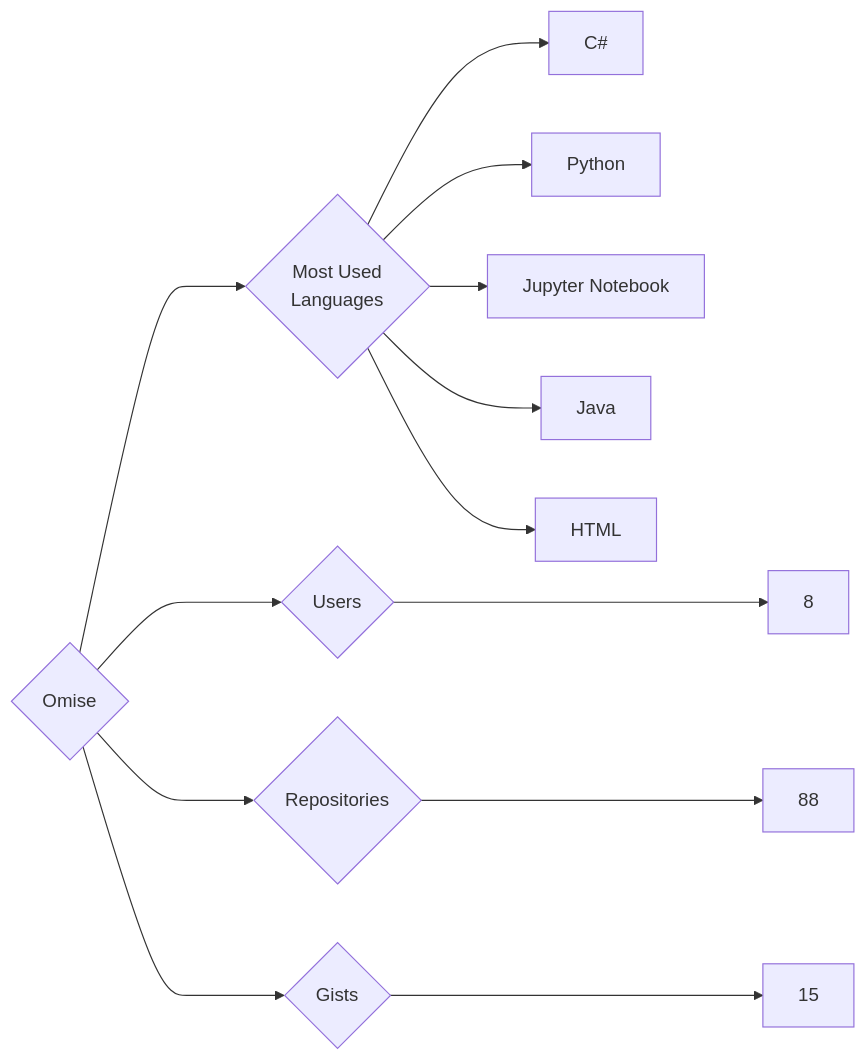
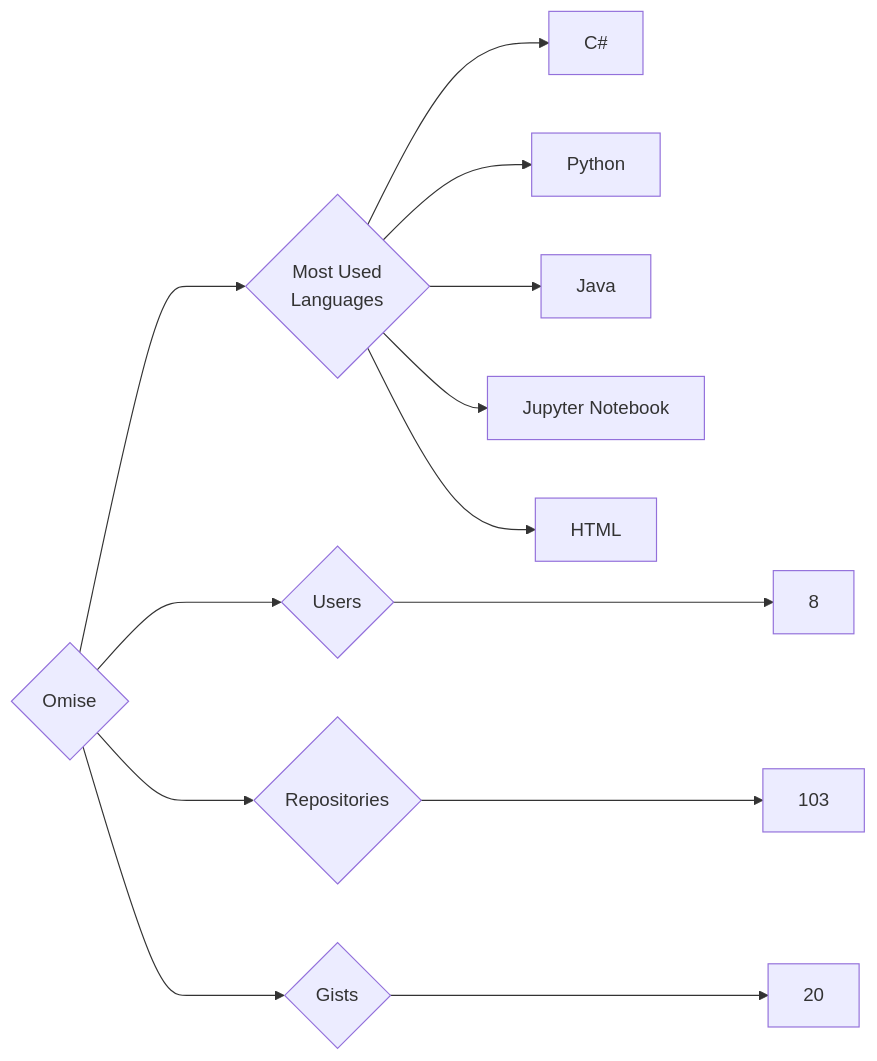
One commit to trickest/insiders changed the diagram in targets/Omise/README.md. Above: the diagram before and after it, drawn with Mermaid. The commit also changed 794 other files, not shown here.

````diff
--- a/targets/Omise/README.md
+++ b/targets/Omise/README.md
@@ -3,13 +3,13 @@
 ```mermaid
 graph LR
 COMPANY_NAME{Omise}
 COMPANY_NAME ---> U{Users} ---> UN[8]
-COMPANY_NAME ---> R{Repositories} ---> RN[88]
-COMPANY_NAME ---> G{Gists} ---> GN[15]
+COMPANY_NAME ---> R{Repositories} ---> RN[103]
+COMPANY_NAME ---> G{Gists} ---> GN[20]
 COMPANY_NAME ---> ML{Most Used<br>Languages}
 ML --> C#[C#]
 ML --> Python[Python]
+ML --> Java[Java]
 ML --> Jupyter_Notebook[Jupyter Notebook]
-ML --> Java[Java]
 ML --> HTML[HTML]
 ```
````
